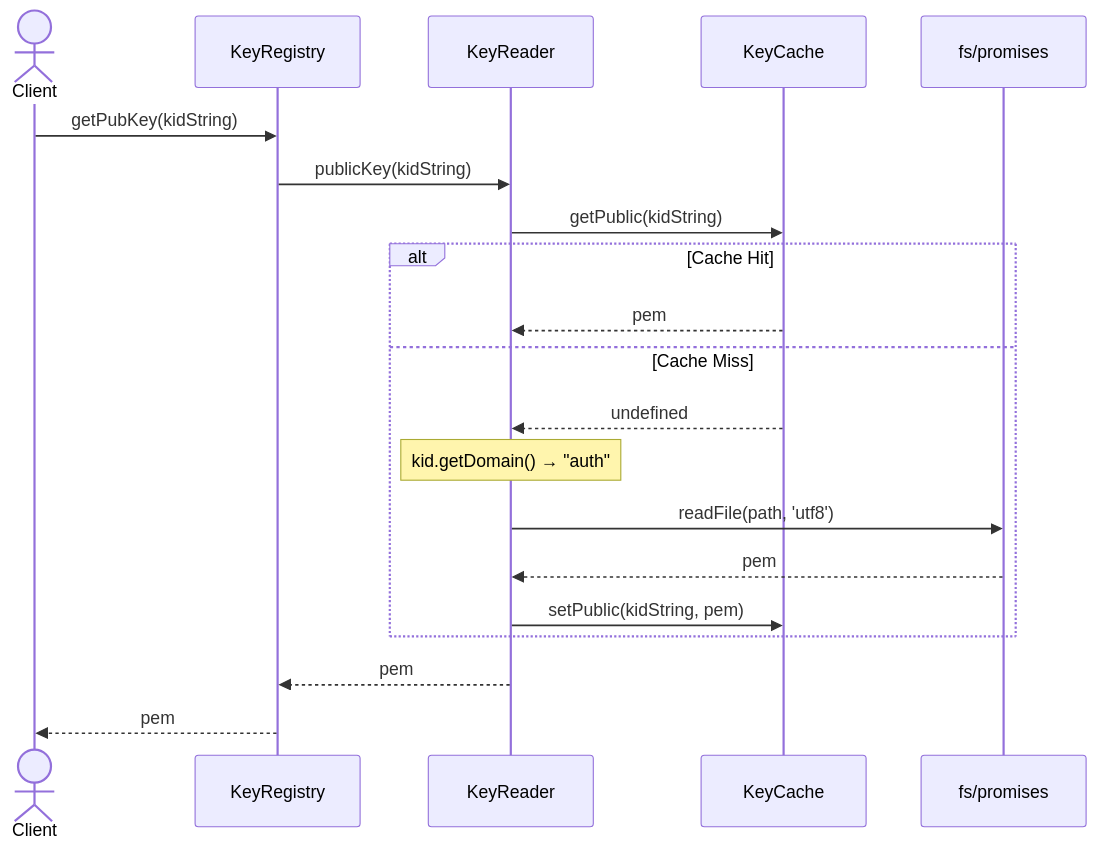
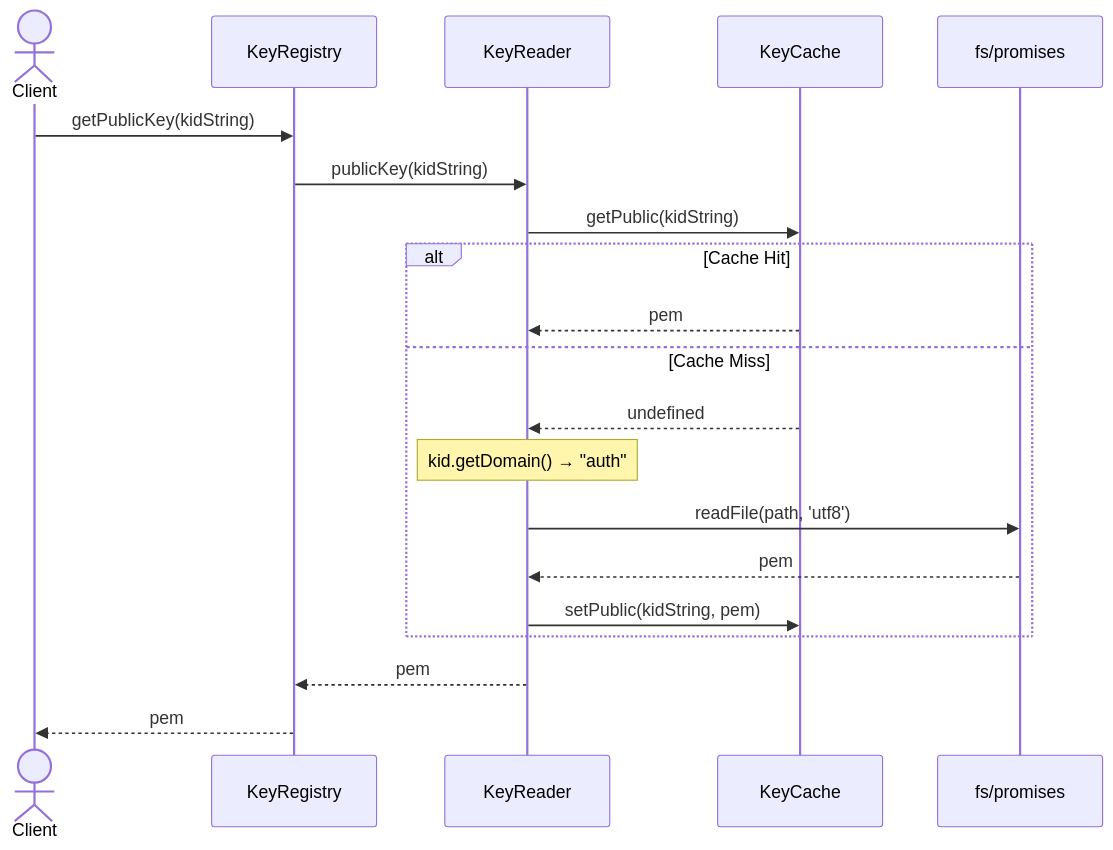
Before and after one commit to itsGurdevSingh/vault: the fourth of 7 diagrams in docs/generated/domain/key-manager/loader/structure.md, drawn with Mermaid. The commit also changed other lines of this file and 17 other files, not shown here.

````diff
--- a/docs/generated/domain/key-manager/loader/structure.md
+++ b/docs/generated/domain/key-manager/loader/structure.md
@@ -378,25 +378,25 @@
 ```mermaid
 sequenceDiagram
     actor Client
     participant Registry as KeyRegistry
     participant Reader as KeyReader
     participant Cache as KeyCache
     participant FS as fs/promises
 
-    Client->>Registry: getPubKey(kidString)
+    Client->>Registry: getPublicKey(kidString)
     Registry->>Reader: publicKey(kidString)
 
     Reader->>Cache: getPublic(kidString)
     alt Cache Hit
         Cache-->>Reader: pem
     else Cache Miss
         Cache-->>Reader: undefined
         Note over Reader: kid.getDomain() → "auth"
         Reader->>FS: readFile(path, 'utf8')
         FS-->>Reader: pem
         Reader->>Cache: setPublic(kidString, pem)
     end
 
     Reader-->>Registry: pem
     Registry-->>Client: pem
 ```
````
